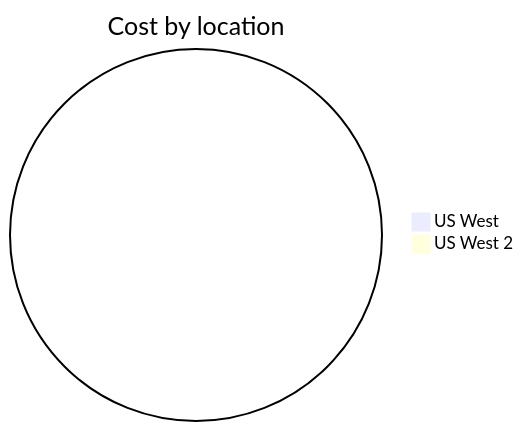
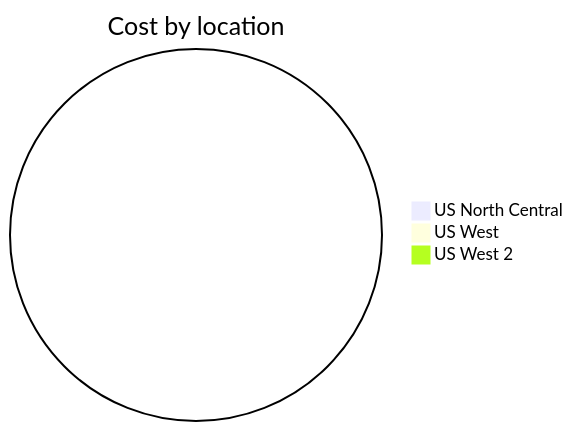
One commit to jpfulton/azure-personal-reports changed the third of 4 diagrams in cost-reports/azureapp-auto-alerts-873533-jpatrick_fulton_gmail_com/README.md. Above: the diagram before and after it, drawn with Mermaid. The commit also changed other lines of this file and 1 other file, not shown here.

````diff
--- a/cost-reports/azureapp-auto-alerts-873533-jpatrick_fulton_gmail_com/README.md
+++ b/cost-reports/azureapp-auto-alerts-873533-jpatrick_fulton_gmail_com/README.md
@@ -48,6 +51,7 @@
 ```mermaid
 pie
    title Cost by location
+   "US North Central" : 0.00
    "US West" : 0.00
    "US West 2" : 0.00
 ```
````
